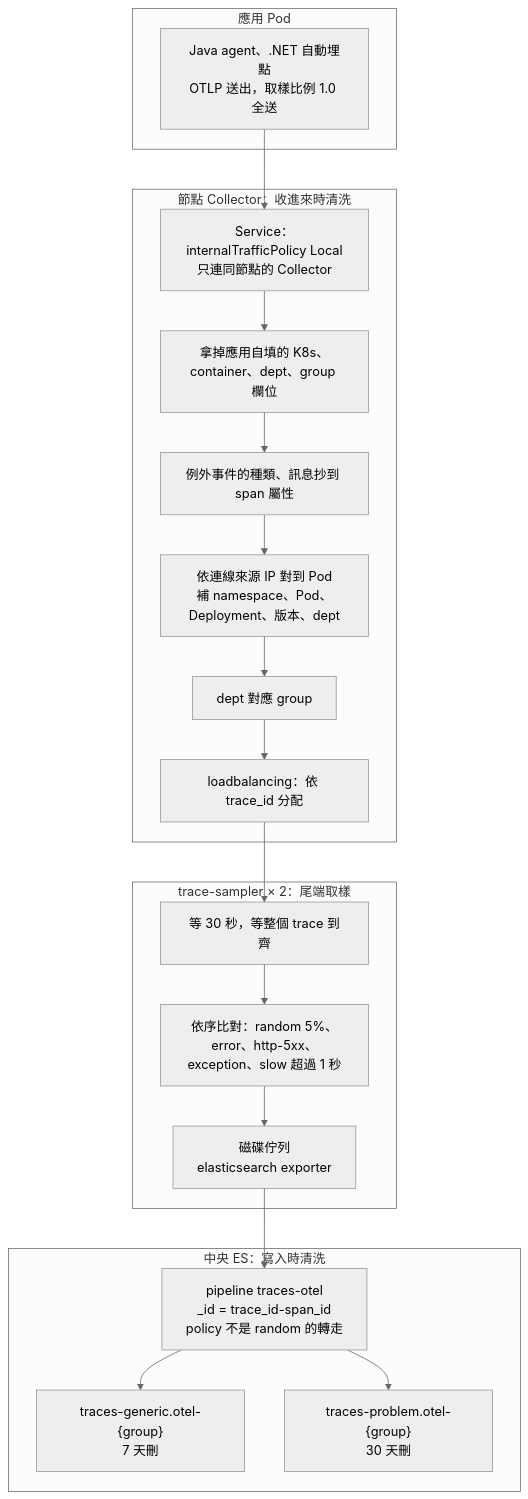
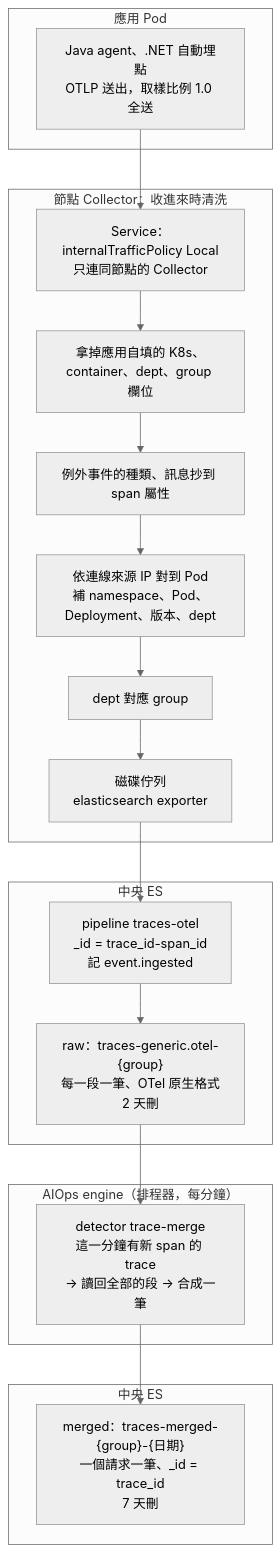
One commit to i-shuan/aiops-data-foundation changed the diagram in docs/trace/README.md. Above: the diagram before and after it, drawn with Mermaid (neutral theme). The commit also changed other lines of this file and 59 other files, not shown here.

First line of the commit message:
trace 不取樣、每個請求合成一筆：拆 trace-sampler，Collector 直接寫 raw（2 天），engine 每分鐘 trace-merge 合成 traces-merged-*（7 天）

````diff
--- a/docs/trace/README.md
+++ b/docs/trace/README.md
@@ -7,28 +7,25 @@
 ```mermaid
 flowchart TB
   subgraph APP["應用 Pod"]
     A["Java agent、.NET 自動埋點<br/>OTLP 送出，取樣比例 1.0 全送"]
   end
   subgraph NODE["節點 Collector：收進來時清洗"]
     N0["Service：internalTrafficPolicy Local<br/>只連同節點的 Collector"]
     N1["拿掉應用自填的 K8s、container、dept、group 欄位"]
     N2["例外事件的種類、訊息抄到 span 屬性"]
     N3["依連線來源 IP 對到 Pod<br/>補 namespace、Pod、Deployment、版本、dept"]
     N4["dept 對應 group"]
-    N5["loadbalancing：依 trace_id 分配"]
+    N5["磁碟佇列<br/>elasticsearch exporter"]
   end
-  subgraph SAMP["trace-sampler × 2：尾端取樣"]
-    T1["等 30 秒，等整個 trace 到齊"]
-    T2["依序比對：random 5%、error、http-5xx、exception、slow 超過 1 秒"]
-    T3["磁碟佇列<br/>elasticsearch exporter"]
+  subgraph ES["中央 ES"]
+    E1["pipeline traces-otel<br/>_id = trace_id-span_id<br/>記 event.ingested"]
+    E2["raw：traces-generic.otel-{group}<br/>每一段一筆、OTel 原生格式<br/>2 天刪"]
   end
-  subgraph ES["中央 ES：寫入時清洗"]
-    E1["pipeline traces-otel<br/>_id = trace_id-span_id<br/>policy 不是 random 的轉走"]
-    E2["traces-generic.otel-{group}<br/>7 天刪"]
-    E3["traces-problem.otel-{group}<br/>30 天刪"]
+  subgraph ENG["AIOps engine（排程器，每分鐘）"]
+    M1["detector trace-merge<br/>這一分鐘有新 span 的 trace<br/>→ 讀回全部的段 → 合成一筆"]
   end
-  A --> N0 --> N1 --> N2 --> N3 --> N4 --> N5
-  N5 --> T1 --> T2 --> T3 --> E1
-  E1 --> E2
-  E1 --> E3
+  subgraph ES2["中央 ES"]
+    E3["merged：traces-merged-{group}-{日期}<br/>一個請求一筆、_id = trace_id<br/>7 天刪"]
+  end
+  A --> N0 --> N1 --> N2 --> N3 --> N4 --> N5 --> E1 --> E2 --> M1 --> E3
 ```
````
